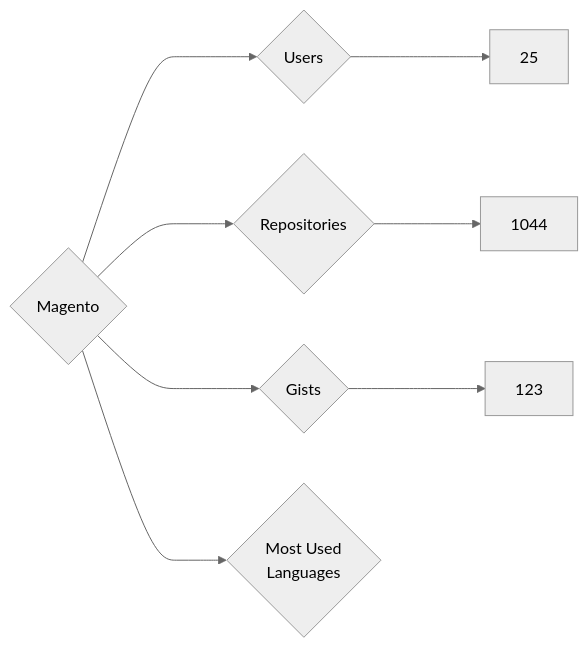
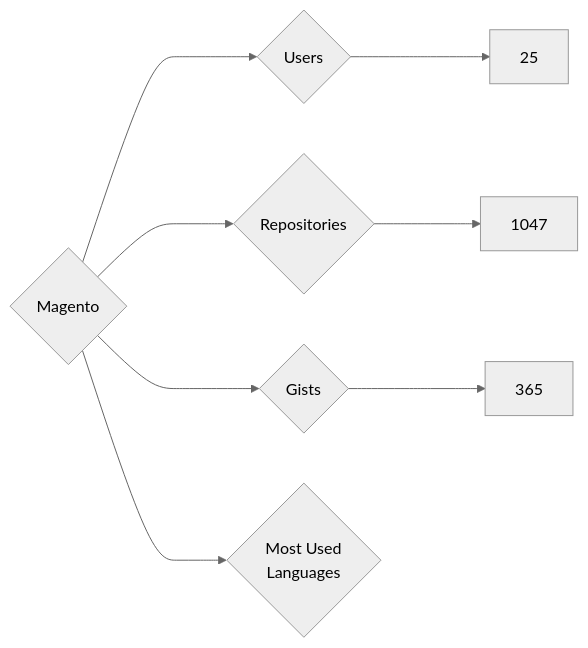
Before and after one commit to nenadzaric/insiders: the diagram in targets/Magento/README.md, drawn with Mermaid (neutral theme). The commit also changed 1342 other files, not shown here.

````diff
--- a/targets/Magento/README.md
+++ b/targets/Magento/README.md
@@ -3,8 +3,8 @@
 ```mermaid
 graph LR
 COMPANY_NAME{Magento}
 COMPANY_NAME ---> U{Users} ---> UN[25]
-COMPANY_NAME ---> R{Repositories} ---> RN[1044]
-COMPANY_NAME ---> G{Gists} ---> GN[123]
+COMPANY_NAME ---> R{Repositories} ---> RN[1047]
+COMPANY_NAME ---> G{Gists} ---> GN[365]
 COMPANY_NAME ---> ML{Most Used<br>Languages}
 ```
````
